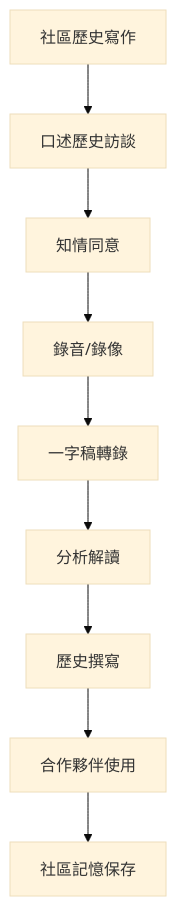
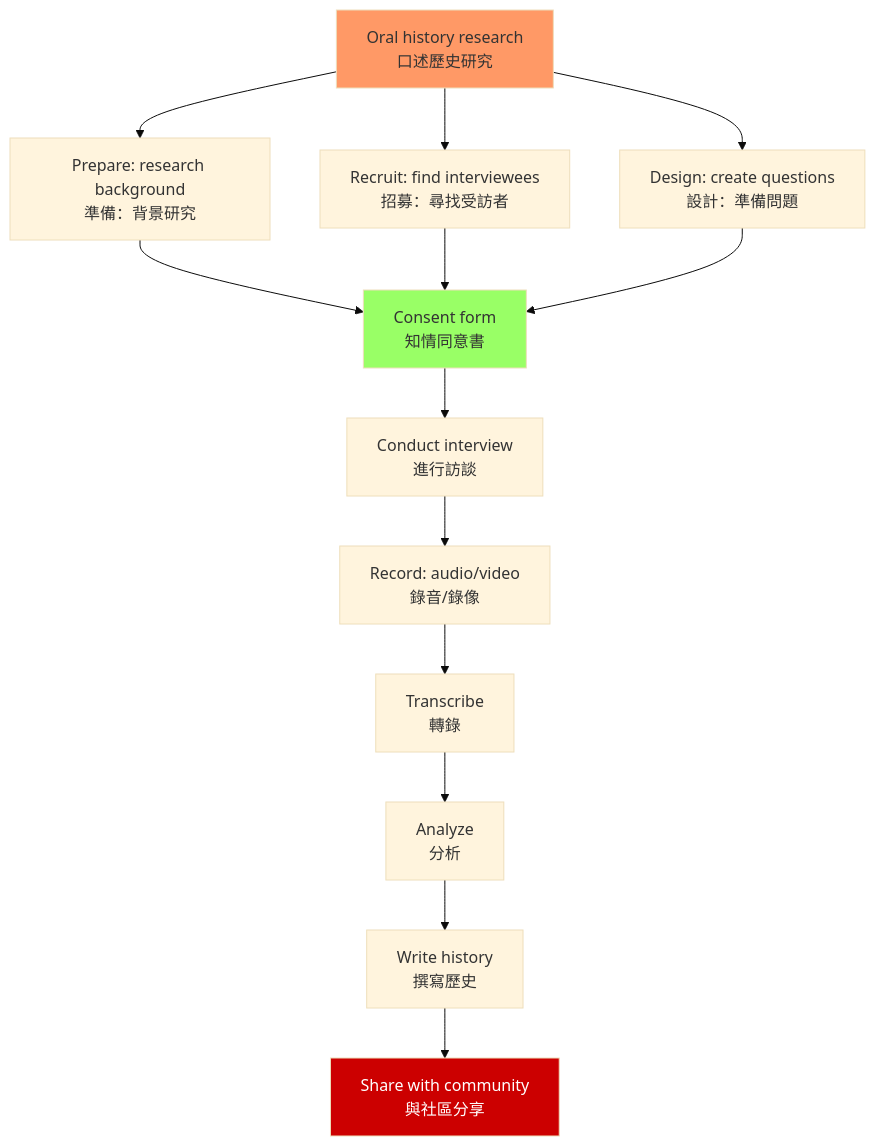
One commit to yip-lgtm/HKU-Harvard-History-Self-Study changed the second of 5 diagrams in 01_HKU_Courses/HIST4035_History_Applied_Internship.md. Above: the diagram before and after it, drawn with Mermaid (base theme). The commit also changed other lines of this file and 25 other files, not shown here.

````diff
--- a/01_HKU_Courses/HIST4035_History_Applied_Internship.md
+++ b/01_HKU_Courses/HIST4035_History_Applied_Internship.md
@@ -172,11 +123,21 @@
 ```mermaid
 flowchart TD
-    A[社區歷史寫作] --> B[口述歷史訪談]
-    B --> C[知情同意]
-    C --> D[錄音/錄像]
-    D --> E[一字稿轉錄]
-    E --> F[分析解讀]
-    F --> G[歷史撰寫]
-    G --> H[合作夥伴使用]
-    H --> I[社區記憶保存]
+    A[Oral history research<br/>口述歷史研究] --> B[Prepare: research background<br/>準備：背景研究]
+    A --> C[Recruit: find interviewees<br/>招募：尋找受訪者]
+    A --> D[Design: create questions<br/>設計：準備問題]
+    
+    B --> E[Consent form<br/>知情同意書]
+    C --> E
+    D --> E
+    
+    E --> F[Conduct interview<br/>進行訪談]
+    F --> G[Record: audio/video<br/>錄音/錄像]
+    G --> H[Transcribe<br/>轉錄]
+    H --> I[Analyze<br/>分析]
+    I --> J[Write history<br/>撰寫歷史]
+    J --> K[Share with community<br/>與社區分享]
+    
+    style A fill:#f96
+    style E fill:#9f6
+    style K fill:#c00,color:#fff
 ```
````
